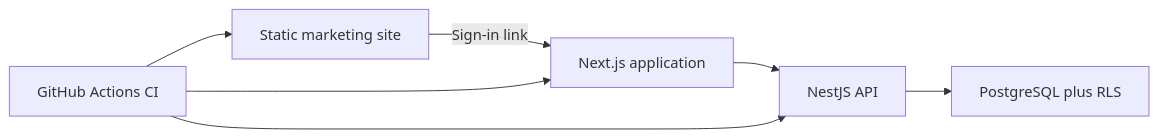
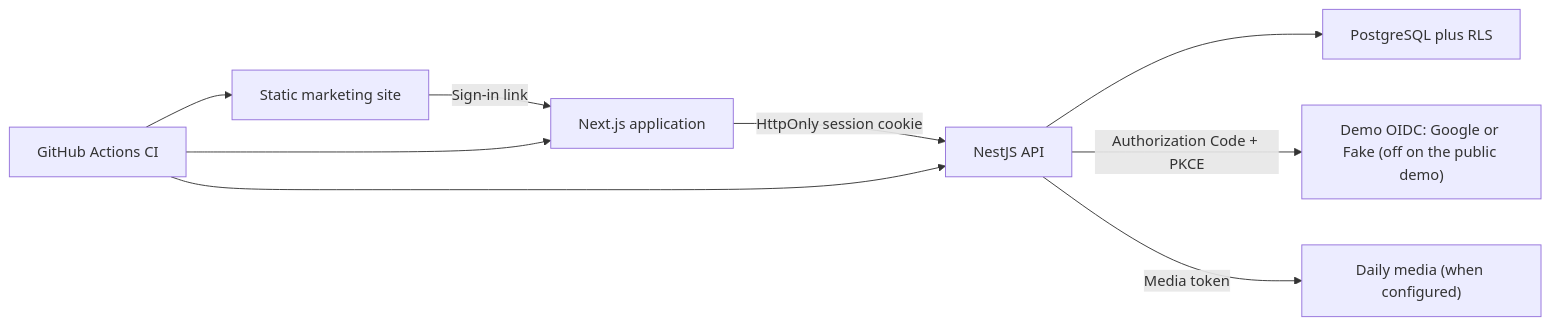
One commit to alexhcj/medconnect-pro changed the diagram in README.md. Above: the diagram before and after it, drawn with Mermaid. The commit also changed other lines of this file and 163 other files, not shown here.

````diff
--- a/README.md
+++ b/README.md
@@ -122,14 +122,18 @@
 ```mermaid
 flowchart LR
   Marketing["Static marketing site"]
   Web["Next.js application"]
   Api["NestJS API"]
   Pg["PostgreSQL plus RLS"]
+  Idp["Demo OIDC: Google or Fake (off on the public demo)"]
+  Daily["Daily media (when configured)"]
   Ci["GitHub Actions CI"]
   Marketing -->|"Sign-in link"| Web
-  Web --> Api
+  Web -->|"HttpOnly session cookie"| Api
   Api --> Pg
+  Api -->|"Authorization Code + PKCE"| Idp
+  Api -->|"Media token"| Daily
   Ci --> Marketing
   Ci --> Web
   Ci --> Api
 ```
````
